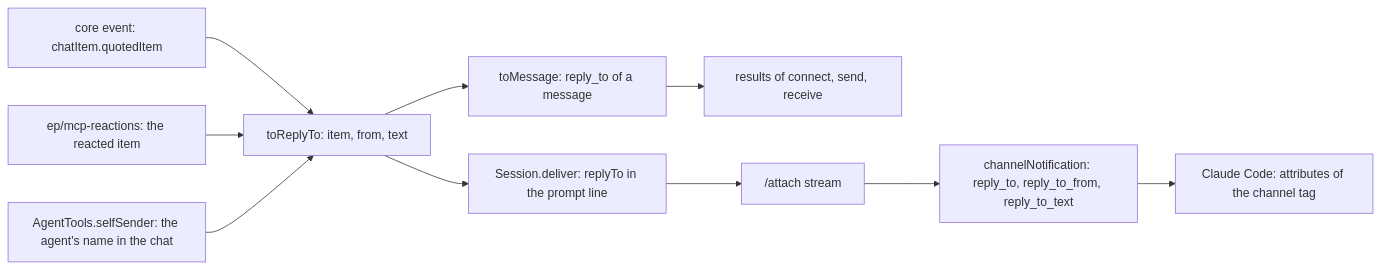
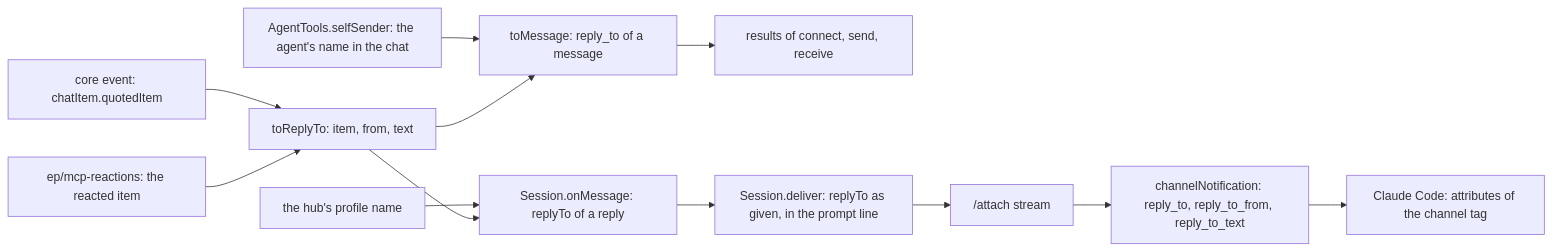
Before and after one commit to simplex-chat/simplex-chat: the second of 2 diagrams in plans/2026-11-12-mcp-replies.md, drawn with Mermaid. The commit also changed other lines of this file, not shown here.

Commit message:
plan: mcp-replies, replyTo from callers, file name in quotes

````diff
--- a/plans/2026-11-12-mcp-replies.md
+++ b/plans/2026-11-12-mcp-replies.md
@@ -227,12 +232,14 @@
 ```mermaid
 flowchart LR
   Q[core event: chatItem.quotedItem] --> M[toReplyTo: item, from, text]
   E[ep/mcp-reactions: the reacted item] --> M
-  N[AgentTools.selfSender: the agent's name in the chat] --> M
+  N[AgentTools.selfSender: the agent's name in the chat] --> T
+  H[the hub's profile name] --> O
   M --> T[toMessage: reply_to of a message]
   T --> R[results of connect, send, receive]
-  M --> L[Session.deliver: replyTo in the prompt line]
+  M --> O[Session.onMessage: replyTo of a reply]
+  O --> L[Session.deliver: replyTo as given, in the prompt line]
   L --> A["/attach stream"]
   A --> S[channelNotification: reply_to, reply_to_from, reply_to_text]
   S --> C[Claude Code: attributes of the channel tag]
 ```
````
